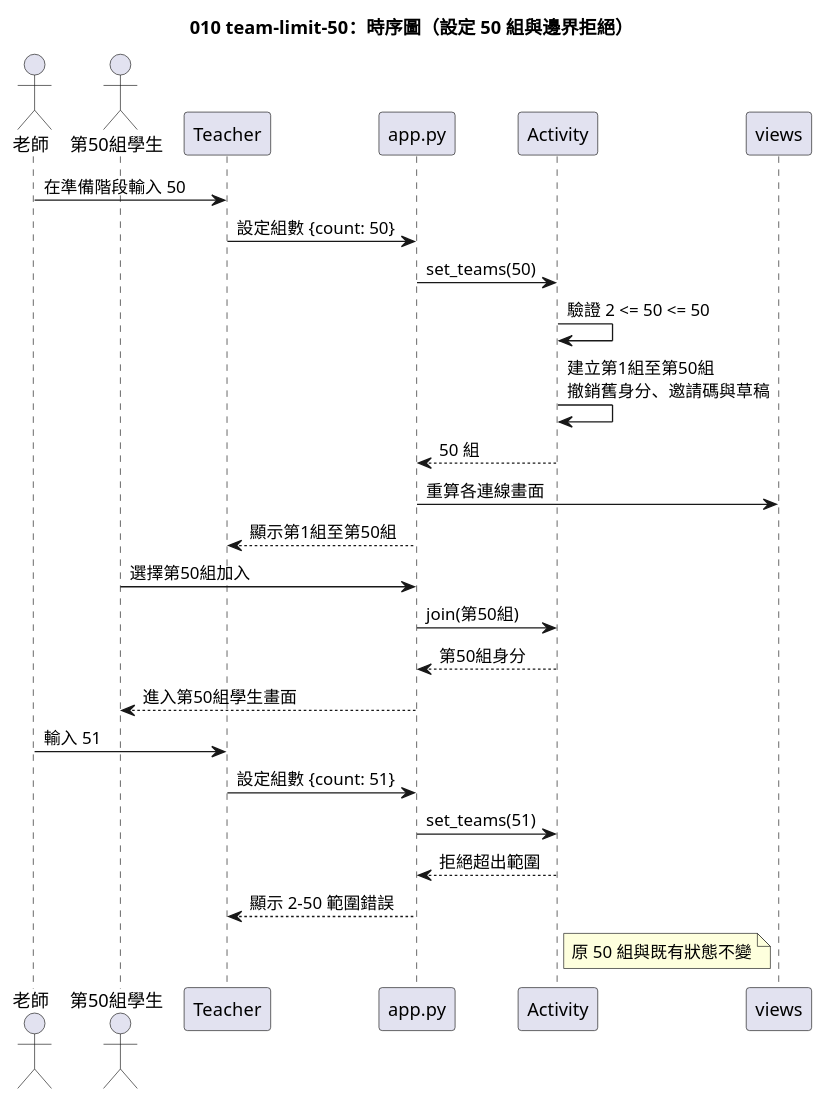
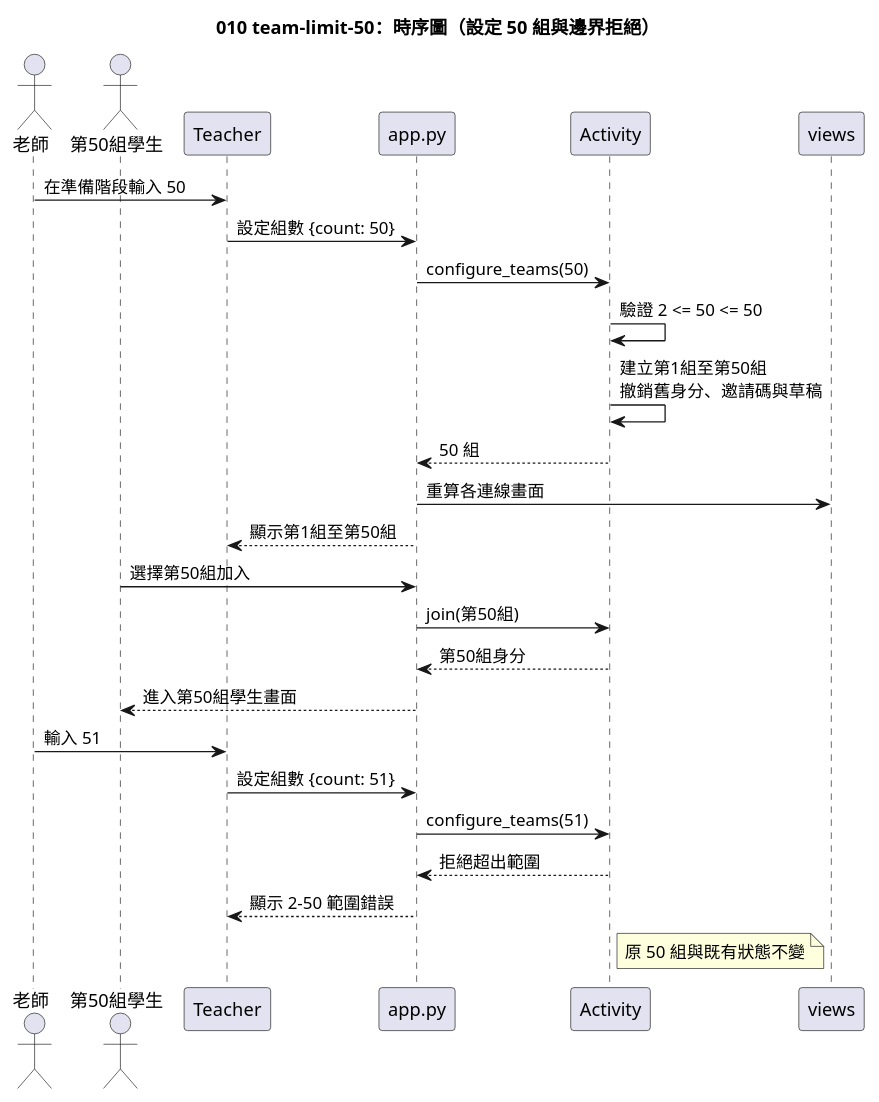
The diagram in diagrams/010-team-limit-50-sequence.puml (yue083139/software_fin-speckit), drawn with PlantUML before and after one commit. The commit also changed 5 other files, not shown here.

Commit message:
docs(diagrams): [CORE] 訂正五十組圖碼一致性

```diff
--- a/diagrams/010-team-limit-50-sequence.puml
+++ b/diagrams/010-team-limit-50-sequence.puml
@@ -1,31 +1,31 @@
 @startuml 010-team-limit-50-sequence
 title 010 team-limit-50：時序圖（設定 50 組與邊界拒絕）
 
 actor "老師" as T
 actor "第50組學生" as S50
 participant "Teacher" as Web
 participant "app.py" as App
 participant "Activity" as Act
 participant "views" as Views
 
 T -> Web : 在準備階段輸入 50
 Web -> App : 設定組數 {count: 50}
-App -> Act : set_teams(50)
+App -> Act : configure_teams(50)
 Act -> Act : 驗證 2 <= 50 <= 50
 Act -> Act : 建立第1組至第50組\n撤銷舊身分、邀請碼與草稿
 Act --> App : 50 組
 App -> Views : 重算各連線畫面
 App --> Web : 顯示第1組至第50組
 
 S50 -> App : 選擇第50組加入
 App -> Act : join(第50組)
 Act --> App : 第50組身分
 App --> S50 : 進入第50組學生畫面
 
 T -> Web : 輸入 51
 Web -> App : 設定組數 {count: 51}
-App -> Act : set_teams(51)
+App -> Act : configure_teams(51)
 Act --> App : 拒絕超出範圍
 App --> Web : 顯示 2–50 範圍錯誤
 note right of Act : 原 50 組與既有狀態不變
 @enduml
```
